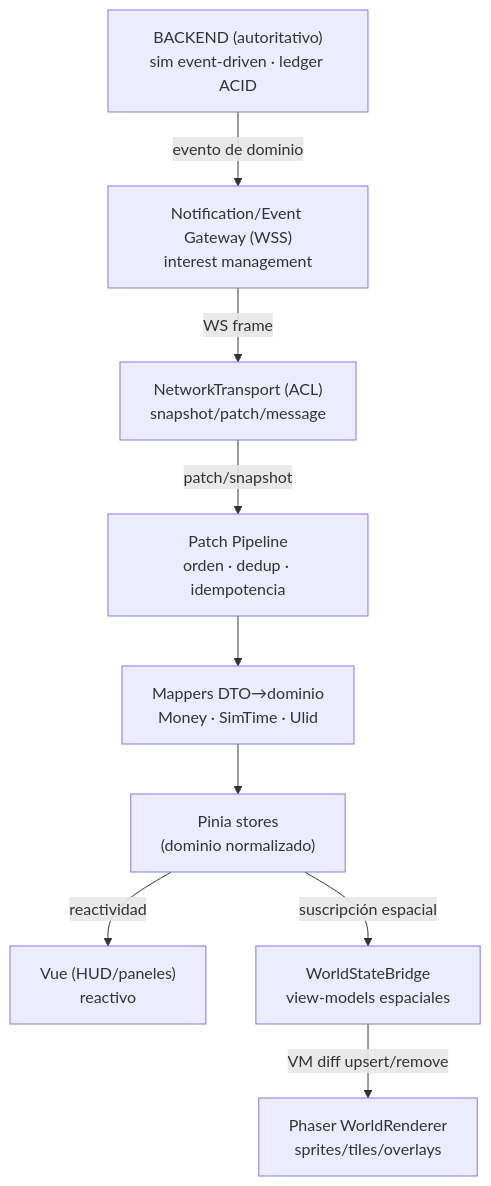
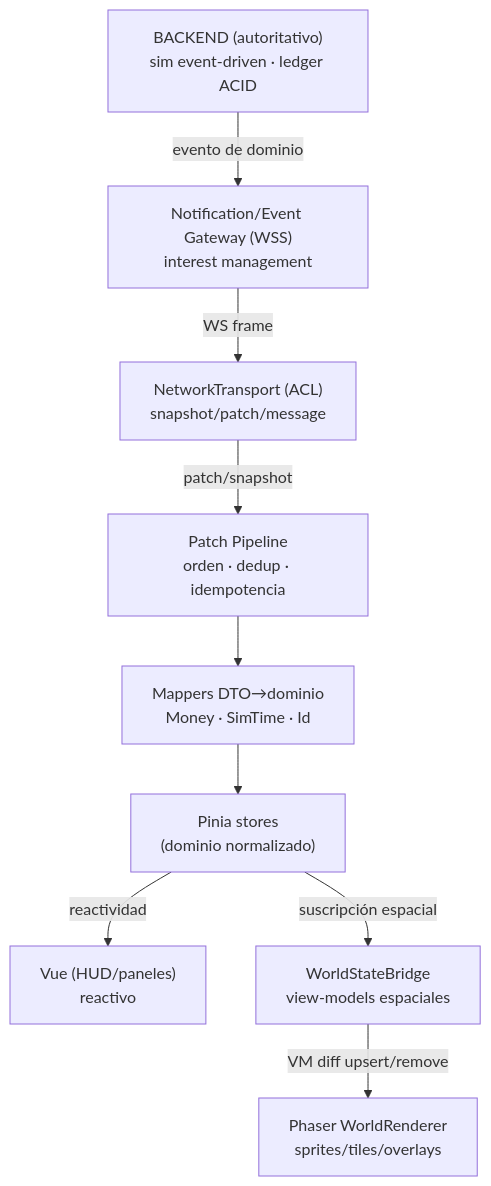
One commit to lokiteitor/global-market changed diagram 12 of 29 in docs/frontend-architecture-document.md. Above: the diagram before and after it, drawn with Mermaid. The commit also changed other lines of this file and 208 other files, not shown here.

````diff
--- a/docs/frontend-architecture-document.md
+++ b/docs/frontend-architecture-document.md
@@ -1340,21 +1292,21 @@
 ```mermaid
 flowchart TD
     BE["BACKEND (autoritativo)\nsim event-driven · ledger ACID"]
     GW["Notification/Event Gateway (WSS)\ninterest management"]
     NT["NetworkTransport (ACL)\nsnapshot/patch/message"]
     PIPE["Patch Pipeline\norden · dedup · idempotencia"]
-    MAP["Mappers DTO→dominio\nMoney · SimTime · Ulid"]
+    MAP["Mappers DTO→dominio\nMoney · SimTime · Id"]
     STORE["Pinia stores\n(dominio normalizado)"]
     VUE["Vue (HUD/paneles)\nreactivo"]
     BRIDGE["WorldStateBridge\nview-models espaciales"]
     PH["Phaser WorldRenderer\nsprites/tiles/overlays"]
 
     BE -->|evento de dominio| GW
     GW -->|WS frame| NT
     NT -->|patch/snapshot| PIPE
     PIPE --> MAP
     MAP --> STORE
     STORE -->|reactividad| VUE
     STORE -->|suscripción espacial| BRIDGE
     BRIDGE -->|VM diff upsert/remove| PH
 ```
````
